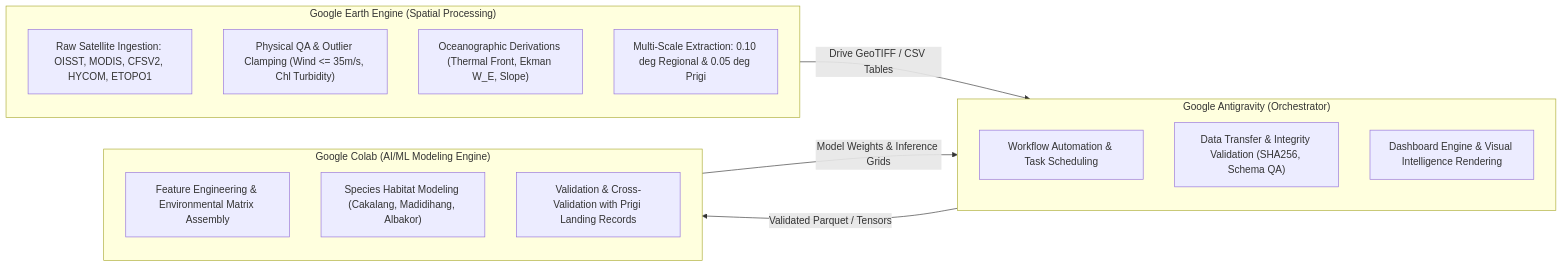
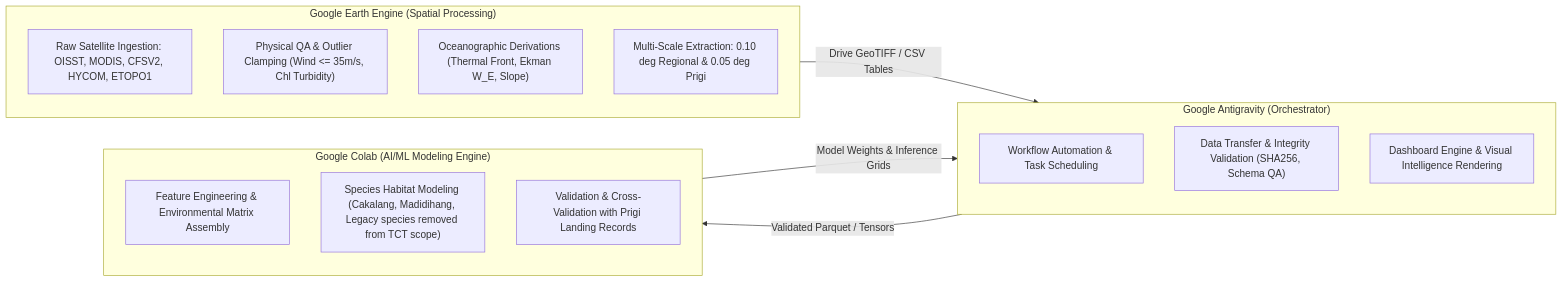
The diagram in reports/spatial_reconstruction/phase_1_0/FINAL_SPATIAL_ANALYSIS_DESIGN.md (ZyrexR/seacast-wpp573), drawn with Mermaid before and after one commit. The commit also changed 102 other files, not shown here.

Commit message:
chore: remove legacy species references from project surfaces

````diff
--- a/reports/spatial_reconstruction/phase_1_0/FINAL_SPATIAL_ANALYSIS_DESIGN.md
+++ b/reports/spatial_reconstruction/phase_1_0/FINAL_SPATIAL_ANALYSIS_DESIGN.md
@@ -12,25 +12,25 @@
 ```mermaid
 flowchart LR
     subgraph GEE ["Google Earth Engine (Spatial Processing)"]
         G1["Raw Satellite Ingestion: OISST, MODIS, CFSV2, HYCOM, ETOPO1"]
         G2["Physical QA & Outlier Clamping (Wind <= 35m/s, Chl Turbidity)"]
         G3["Oceanographic Derivations (Thermal Front, Ekman W_E, Slope)"]
         G4["Multi-Scale Extraction: 0.10 deg Regional & 0.05 deg Prigi"]
     end
     
     subgraph Antigravity ["Google Antigravity (Orchestrator)"]
         A1["Workflow Automation & Task Scheduling"]
         A2["Data Transfer & Integrity Validation (SHA256, Schema QA)"]
         A3["Dashboard Engine & Visual Intelligence Rendering"]
     end
     
     subgraph Colab ["Google Colab (AI/ML Modeling Engine)"]
         C1["Feature Engineering & Environmental Matrix Assembly"]
-        C2["Species Habitat Modeling (Cakalang, Madidihang, Albakor)"]
+        C2["Species Habitat Modeling (Cakalang, Madidihang, Legacy species removed from TCT scope)"]
         C3["Validation & Cross-Validation with Prigi Landing Records"]
     end
     
     GEE -->|Drive GeoTIFF / CSV Tables| Antigravity
     Antigravity -->|Validated Parquet / Tensors| Colab
     Colab -->|Model Weights & Inference Grids| Antigravity
 ```
````
